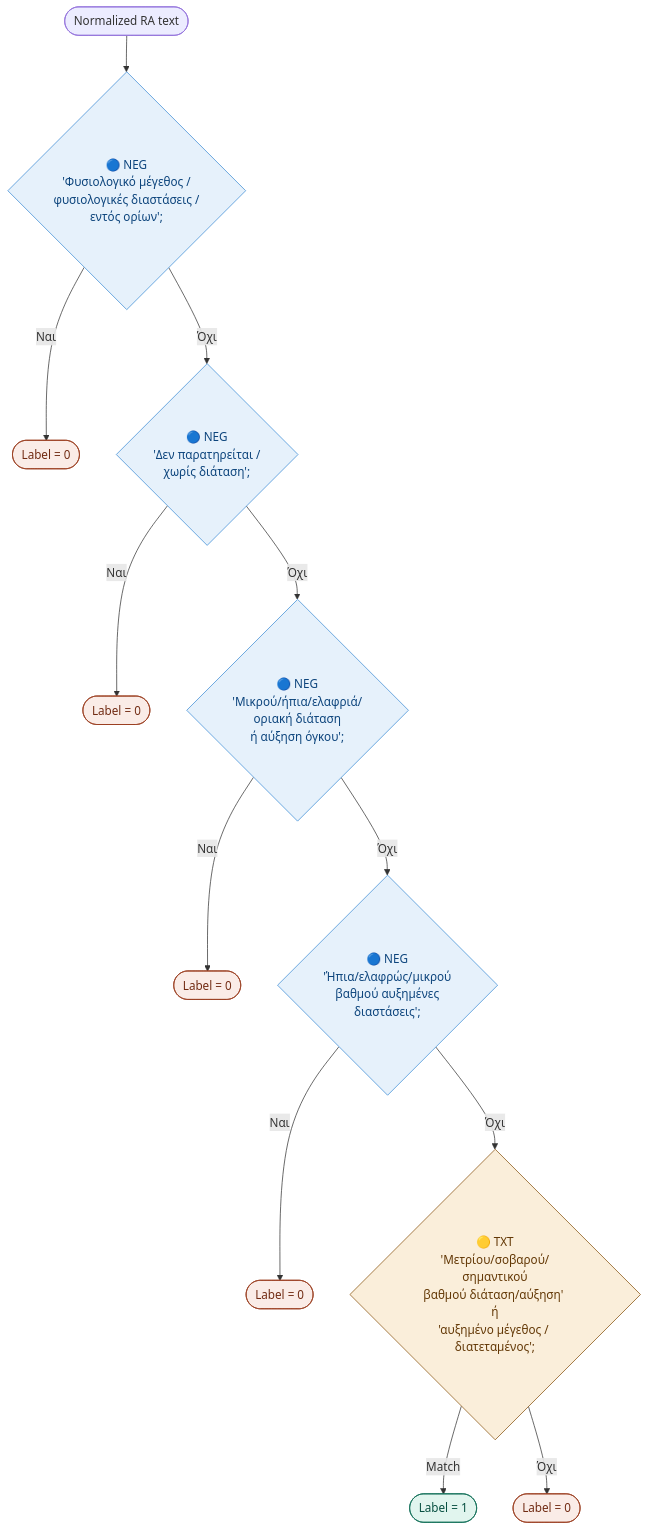
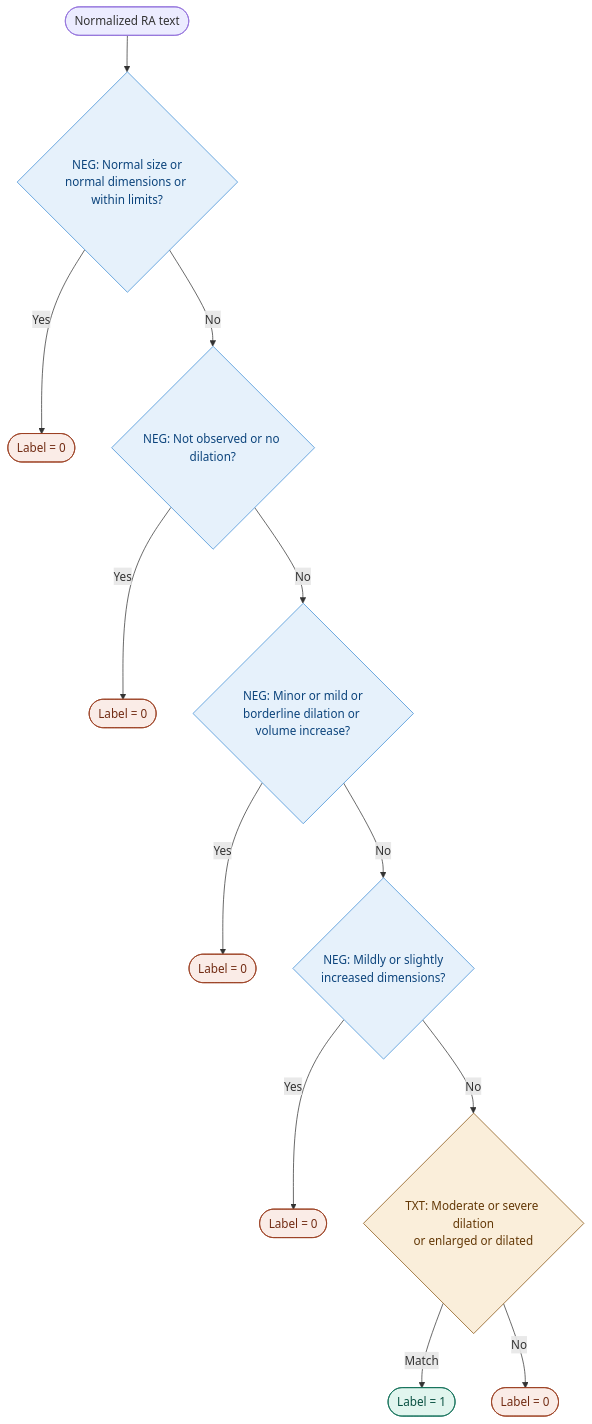
One commit to evatsioumani/Echo changed the fourth of 17 diagrams in BINARY_EXTRACTION.md. Above: the diagram before and after it, drawn with Mermaid. The commit also changed other lines of this file, not shown here.

````diff
--- a/BINARY_EXTRACTION.md
+++ b/BINARY_EXTRACTION.md
@@ -96,26 +98,26 @@
 ```mermaid
 flowchart TD
-    A([Normalized RA text]) --> B{🔵 NEG\n'Φυσιολογικό μέγεθος /\nφυσιολογικές διαστάσεις /\nεντός ορίων';}
-    B -->|Ναι| Z0([Label = 0])
-    B -->|Όχι| C{🔵 NEG\n'Δεν παρατηρείται /\nχωρίς διάταση';}
-    C -->|Ναι| Z0b([Label = 0])
-    C -->|Όχι| D{🔵 NEG\n'Μικρού/ήπια/ελαφριά/\nοριακή διάταση\nή αύξηση όγκου';}
-    D -->|Ναι| Z0c([Label = 0])
-    D -->|Όχι| E{🔵 NEG\n'Ήπια/ελαφρώς/μικρού\nβαθμού αυξημένες\nδιαστάσεις';}
-    E -->|Ναι| Z0d([Label = 0])
-    E -->|Όχι| F{🟡 TXT\n'Μετρίου/σοβαρού/σημαντικού\nβαθμού διάταση/αύξηση' ή\n'αυξημένο μέγεθος / διατεταμένος';}
+    A([Normalized RA text]) --> B{NEG: Normal size or\nnormal dimensions or within limits?}
+    B -->|Yes| Z0([Label = 0])
+    B -->|No| C{NEG: Not observed or no dilation?}
+    C -->|Yes| Z0b([Label = 0])
+    C -->|No| D{NEG: Minor or mild or\nborderline dilation or volume increase?}
+    D -->|Yes| Z0c([Label = 0])
+    D -->|No| E{NEG: Mildly or slightly\nincreased dimensions?}
+    E -->|Yes| Z0d([Label = 0])
+    E -->|No| F{TXT: Moderate or severe dilation\nor enlarged or dilated}
     F -->|Match| Z1([Label = 1])
-    F -->|Όχι| Z0e([Label = 0])
+    F -->|No| Z0e([Label = 0])
 
     style Z0 fill:#FAECE7,stroke:#993C1D,color:#712B13
     style Z0b fill:#FAECE7,stroke:#993C1D,color:#712B13
     style Z0c fill:#FAECE7,stroke:#993C1D,color:#712B13
     style Z0d fill:#FAECE7,stroke:#993C1D,color:#712B13
     style Z0e fill:#FAECE7,stroke:#993C1D,color:#712B13
     style Z1 fill:#E1F5EE,stroke:#0F6E56,color:#085041
     style B fill:#E6F1FB,stroke:#3B8BD4,color:#0C447C
     style C fill:#E6F1FB,stroke:#3B8BD4,color:#0C447C
     style D fill:#E6F1FB,stroke:#3B8BD4,color:#0C447C
     style E fill:#E6F1FB,stroke:#3B8BD4,color:#0C447C
     style F fill:#FAEEDA,stroke:#854F0B,color:#633806
 ```
````
